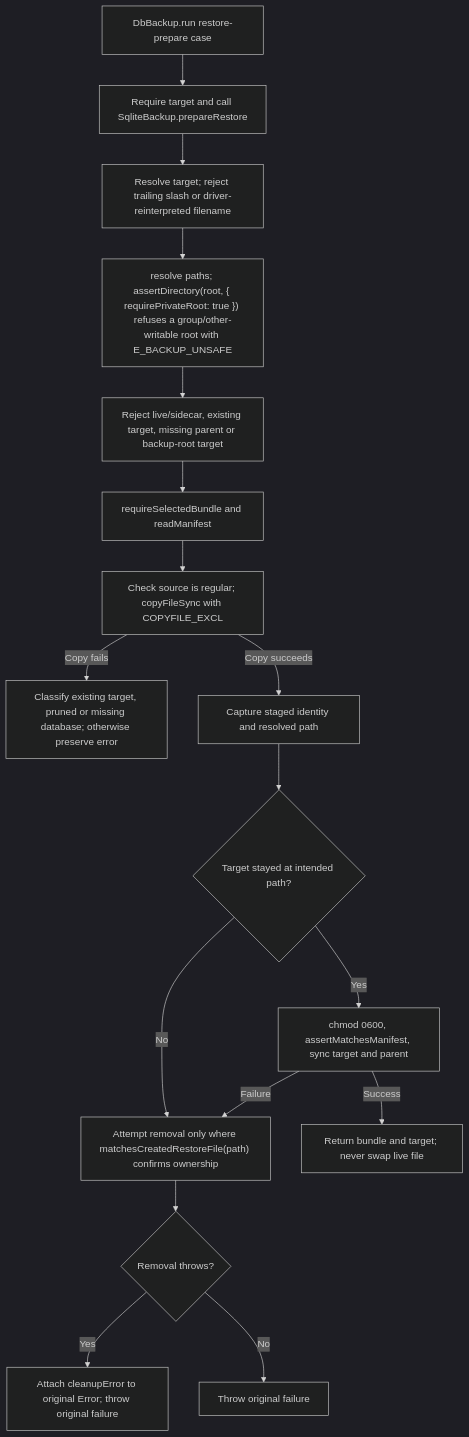
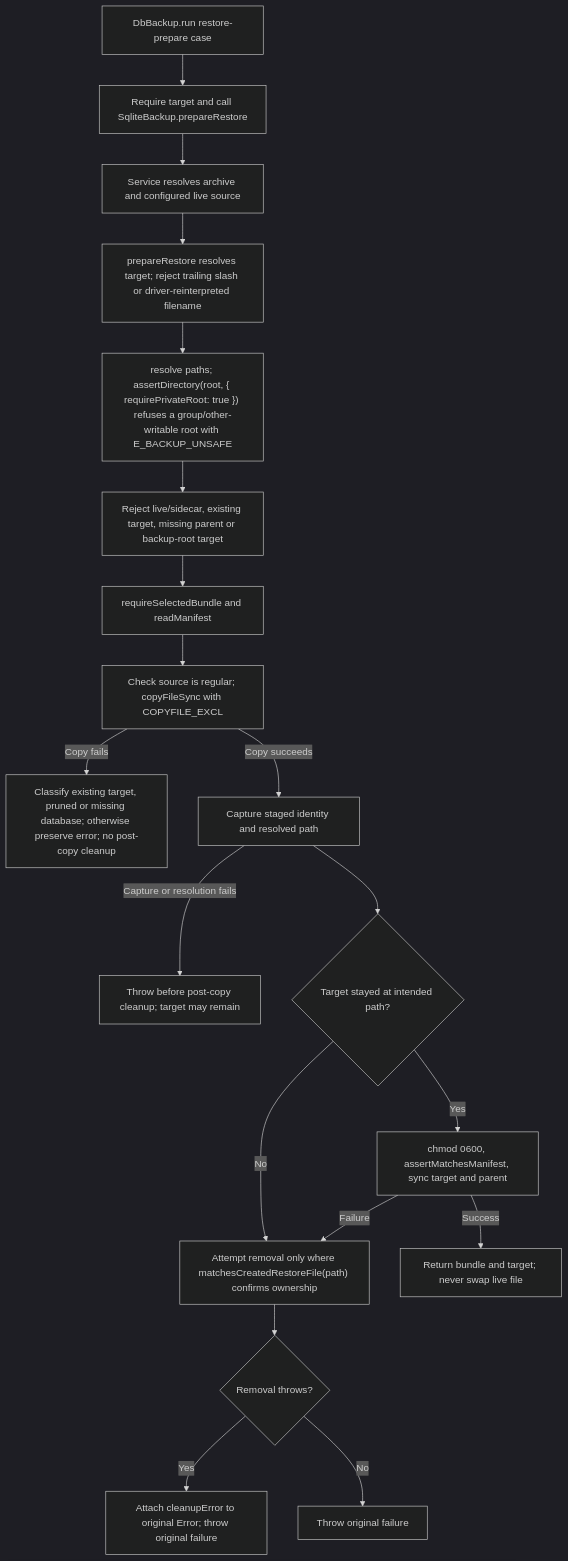
The second of 2 diagrams in user-stories/prepare-restore/us-op-04-prepare-restore.md (Kevinjohn/oss-adonisjs-sqlite-backup), drawn with Mermaid (dark theme) before and after one commit. The commit also changed other lines of this file and 13 other files, not shown here.

````diff
--- a/user-stories/prepare-restore/us-op-04-prepare-restore.md
+++ b/user-stories/prepare-restore/us-op-04-prepare-restore.md
@@ -52,19 +53,21 @@
 ```mermaid
 flowchart TD
     A["DbBackup.run restore-prepare case"] --> B["Require target and call SqliteBackup.prepareRestore"]
-    B --> B1["Resolve target; reject trailing slash or driver-reinterpreted filename"]
+    B --> B0["Service resolves archive and configured live source"]
+    B0 --> B1["prepareRestore resolves target; reject trailing slash or driver-reinterpreted filename"]
     B1 --> C["resolve paths; assertDirectory(root, { requirePrivateRoot: true }) refuses a group/other-writable root with E_BACKUP_UNSAFE"]
     C --> D["Reject live/sidecar, existing target, missing parent or backup-root target"]
     D --> E["requireSelectedBundle and readManifest"]
     E --> F["Check source is regular; copyFileSync with COPYFILE_EXCL"]
-    F -->|Copy fails| X["Classify existing target, pruned or missing database; otherwise preserve error"]
+    F -->|Copy fails| X["Classify existing target, pruned or missing database; otherwise preserve error; no post-copy cleanup"]
     F -->|Copy succeeds| G1["Capture staged identity and resolved path"]
+    G1 -->|Capture or resolution fails| X1["Throw before post-copy cleanup; target may remain"]
     G1 --> H{"Target stayed at intended path?"}
     H -->|No| I["Attempt removal only where matchesCreatedRestoreFile(path) confirms ownership"]
     I --> K{"Removal throws?"}
     K -->|Yes| L["Attach cleanupError to original Error; throw original failure"]
     K -->|No| M["Throw original failure"]
     H -->|Yes| G["chmod 0600, assertMatchesManifest, sync target and parent"]
     G -->|Failure| I
     G -->|Success| J["Return bundle and target; never swap live file"]
 ```
````
